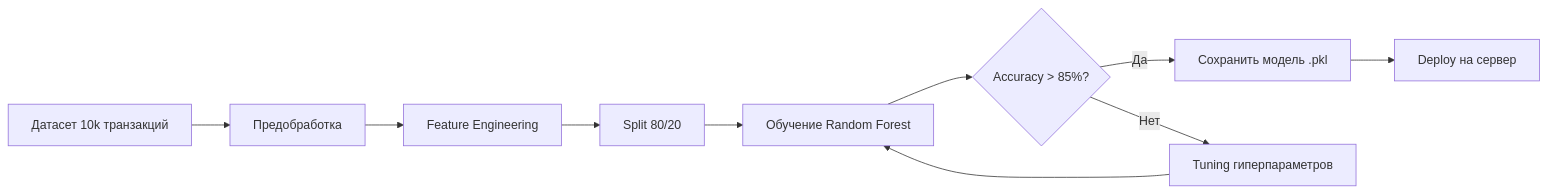
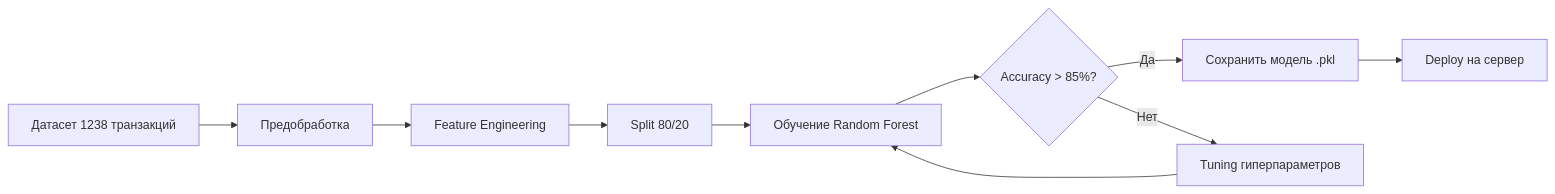
Before and after one commit to LiebeBleck/FinWise_v2: the eighth of 14 diagrams in README.md, drawn with Mermaid. The commit also changed other lines of this file, not shown here.

Commit message:
Fix README diagrams: remove duplicate USER, correct dataset size, mark v1.2 stubs, add OCR preprocessing branch

````diff
--- a/README.md
+++ b/README.md
@@ -488,12 +483,12 @@
 ```mermaid
 flowchart LR
-    A[Датасет 10k транзакций] --> B[Предобработка]
+    A[Датасет 1238 транзакций] --> B[Предобработка]
     B --> C[Feature Engineering]
     C --> D[Split 80/20]
     D --> E[Обучение Random Forest]
     E --> F{Accuracy > 85%?}
     F -->|Да| G[Сохранить модель .pkl]
     F -->|Нет| H[Tuning гиперпараметров]
     H --> E
     G --> I[Deploy на сервер]
 ```
````
